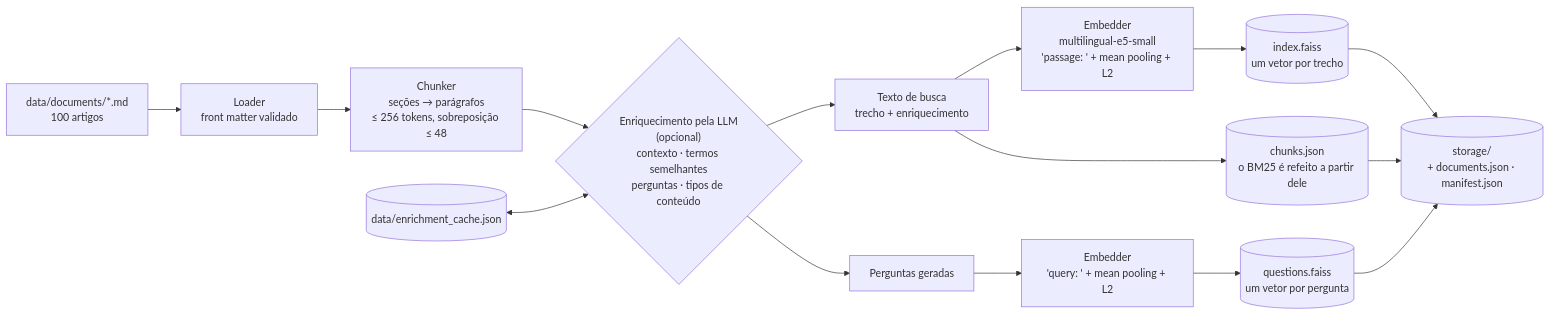
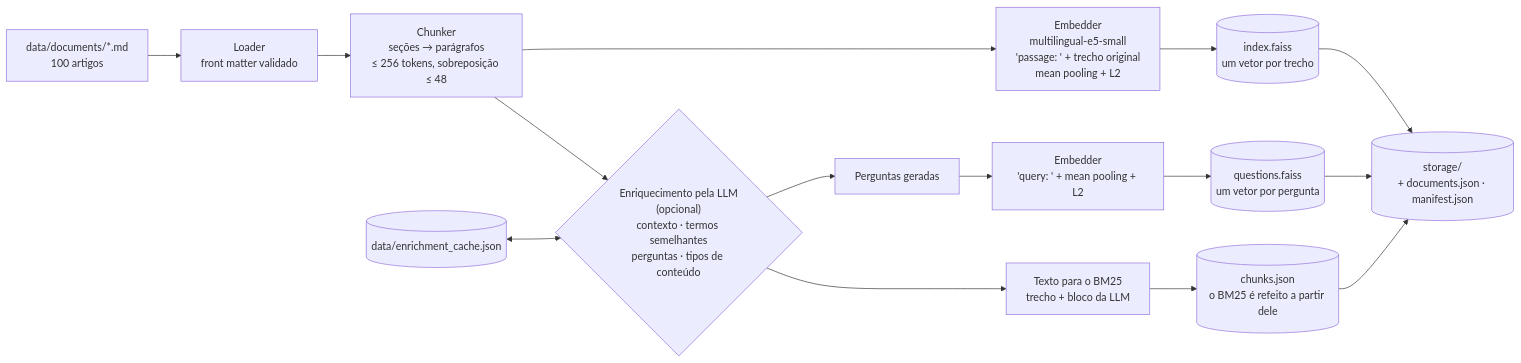
One commit to augustobook/backend-ai-dot changed the first of 2 diagrams in 03/semantic_search/docs/EMBEDDINGS_PIPELINE.md. Above: the diagram before and after it, drawn with Mermaid. The commit also changed other lines of this file and 13 other files, not shown here.

First line of the commit message:
feat(03): trecho original no vetor e no cross-encoder, limite de relevância calibrado

````diff
--- a/03/semantic_search/docs/EMBEDDINGS_PIPELINE.md
+++ b/03/semantic_search/docs/EMBEDDINGS_PIPELINE.md
@@ -13,15 +13,15 @@
 ```mermaid
 flowchart LR
     A["data/documents/*.md<br/>100 artigos"] --> B["Loader<br/>front matter validado"]
     B --> C["Chunker<br/>seções → parágrafos<br/>≤ 256 tokens, sobreposição ≤ 48"]
     C --> L{"Enriquecimento pela LLM<br/>(opcional)<br/>contexto · termos semelhantes<br/>perguntas · tipos de conteúdo"}
     K[("data/enrichment_cache.json")] <--> L
-    L --> T["Texto de busca<br/>trecho + enriquecimento"]
+    C --> D["Embedder<br/>multilingual-e5-small<br/>'passage: ' + trecho original<br/>mean pooling + L2"]
+    L --> T["Texto para o BM25<br/>trecho + bloco da LLM"]
     L --> Q["Perguntas geradas"]
-    T --> D["Embedder<br/>multilingual-e5-small<br/>'passage: ' + mean pooling + L2"]
     Q --> DQ["Embedder<br/>'query: ' + mean pooling + L2"]
     D --> E[("index.faiss<br/>um vetor por trecho")]
     DQ --> EQ[("questions.faiss<br/>um vetor por pergunta")]
     T --> F[("chunks.json<br/>o BM25 é refeito a partir dele")]
     E & EQ & F --> G[("storage/<br/>+ documents.json · manifest.json")]
 ```
````
